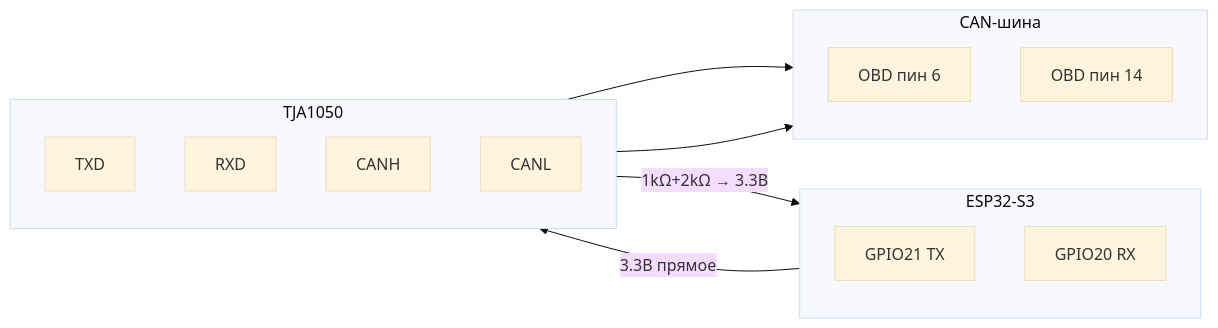
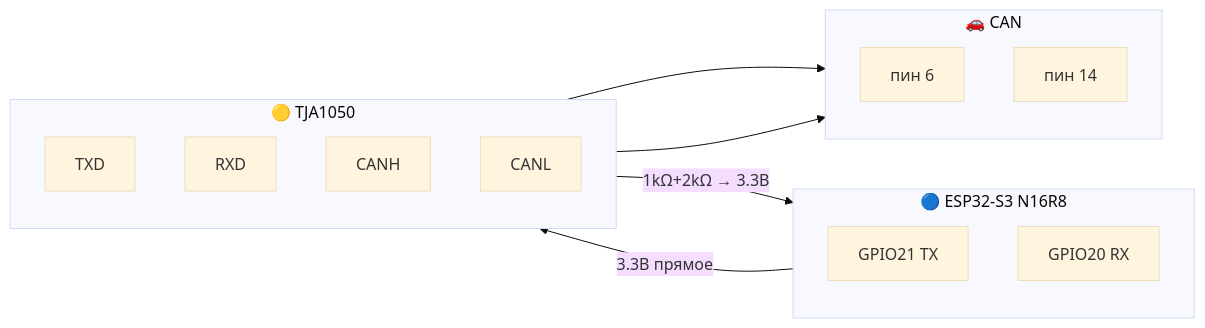
The second of 3 diagrams in README.md (avtotor/can2wifi_esp32s3), drawn with Mermaid (base theme) before and after one commit. The commit also changed 1 other file, not shown here.

Commit message:
fix: exclude firmware/ from git, fix diagram layout

````diff
--- a/README.md
+++ b/README.md
@@ -30,27 +30,27 @@
 ```mermaid
 flowchart LR
-    subgraph ESP ["ESP32-S3"]
+    subgraph ESP ["🔵 ESP32-S3 N16R8"]
         direction TB
         TX["GPIO21 TX"]
         RX["GPIO20 RX"]
     end
 
-    subgraph TJA ["TJA1050"]
+    subgraph TJA ["🟡 TJA1050"]
         direction TB
         TXD["TXD"]
         RXD["RXD"]
         CANH["CANH"]
         CANL["CANL"]
     end
 
-    subgraph CAN ["CAN-шина"]
+    subgraph CAN ["🚗 CAN"]
         direction TB
-        P6["OBD пин 6"]
-        P14["OBD пин 14"]
+        P6["пин 6"]
+        P14["пин 14"]
     end
 
     TX -->|"3.3В прямое"| TXD
     RXD -->|"1kΩ+2kΩ → 3.3В"| RX
     CANH --> P6
     CANL --> P14
 ```
````
